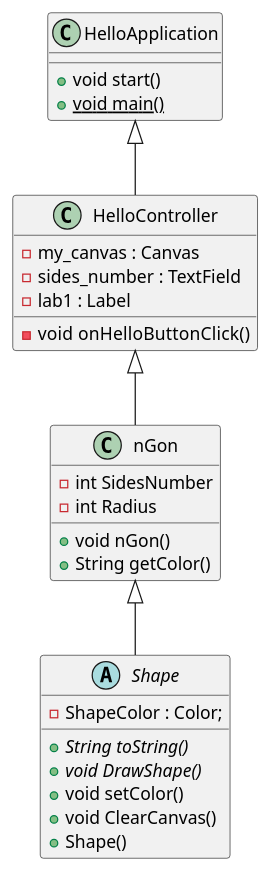
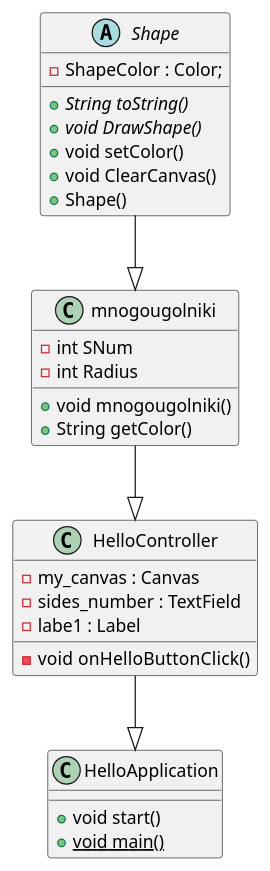
The diagram in AppClassDiogram.puml (NastyaSyrom/Task2), drawn with PlantUML before and after one commit.

```diff
--- a/AppClassDiogram.puml
+++ b/AppClassDiogram.puml
@@ -1,35 +1,35 @@
 @startuml
 'https://plantuml.com/class-diagram
 
 class HelloApplication{
     + void start()
     + {method} {static} void main()
 }
 
 class HelloController{
     {field} - my_canvas : Canvas
     - {field} sides_number : TextField
-    - {field} lab1 : Label
+    - {field} labe1 : Label
     - {method} void  onHelloButtonClick()
 }
 abstract class Shape {
     {field} - ShapeColor : Color;
     {abstract} {method} + String toString()
     {abstract} {method} + void DrawShape()
     {method} + void setColor()
     {method} + void ClearCanvas()
     {method} + Shape()
 }
 
-class nGon {
-    {field} - int SidesNumber
+class mnogougolniki {
+    {field} - int SNum
     {field} - int Radius
-    + void nGon()
+    + void mnogougolniki()
     + String getColor()
 
 }
-HelloApplication <|-- HelloController
 
-nGon <|-- Shape
-HelloController <|-- nGon
+Shape --|> mnogougolniki
+mnogougolniki --|> HelloController
+HelloController --|> HelloApplication
 @enduml
```
